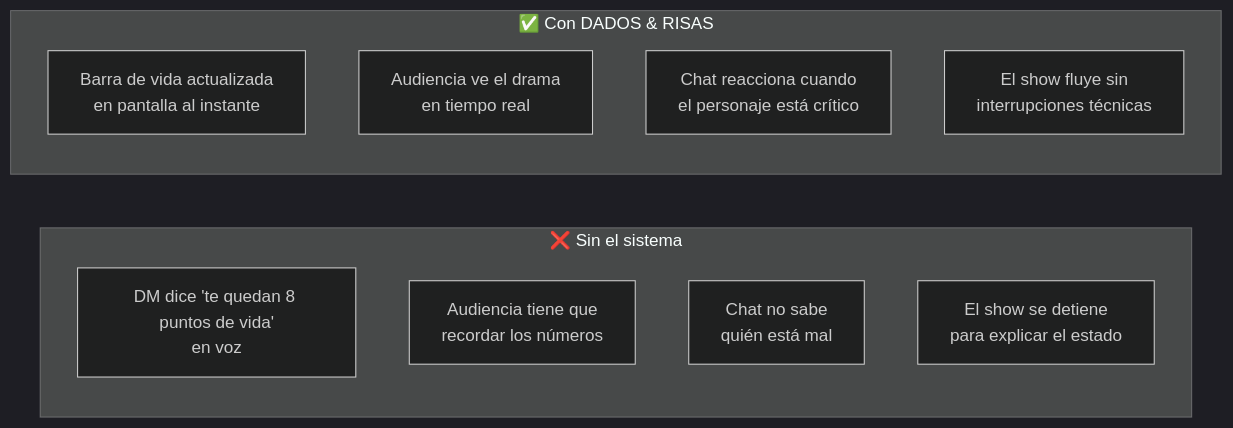
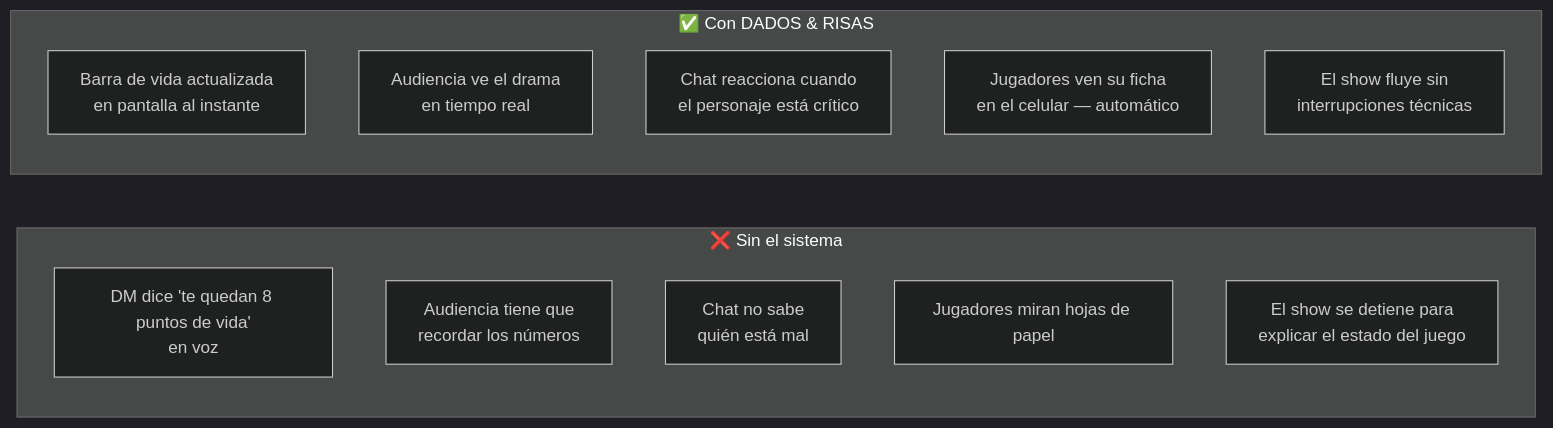
One commit to s0lci700/OVERLAYS changed the tenth of 11 diagrams in demo-pitch-docs/workflow-stakeholders.md. Above: the diagram before and after it, drawn with Mermaid (dark theme). The commit also changed other lines of this file and 2 other files, not shown here.

````diff
--- a/demo-pitch-docs/workflow-stakeholders.md
+++ b/demo-pitch-docs/workflow-stakeholders.md
@@ -154,16 +264,18 @@
 ```mermaid
 flowchart LR
     subgraph SIN["❌ Sin el sistema"]
         A1[DM dice 'te quedan 8 puntos de vida'\nen voz]
         A2[Audiencia tiene que\nrecordar los números]
         A3[Chat no sabe\nquién está mal]
-        A4[El show se detiene\npara explicar el estado]
+        A4[Jugadores miran hojas de papel]
+        A5[El show se detiene para\nexplicar el estado del juego]
     end
 
     subgraph CON["✅ Con DADOS & RISAS"]
         B1[Barra de vida actualizada\nen pantalla al instante]
         B2[Audiencia ve el drama\nen tiempo real]
         B3[Chat reacciona cuando\nel personaje está crítico]
-        B4[El show fluye sin\ninterrupciones técnicas]
+        B4[Jugadores ven su ficha\nen el celular — automático]
+        B5[El show fluye sin\ninterrupciones técnicas]
     end
 ```
````
